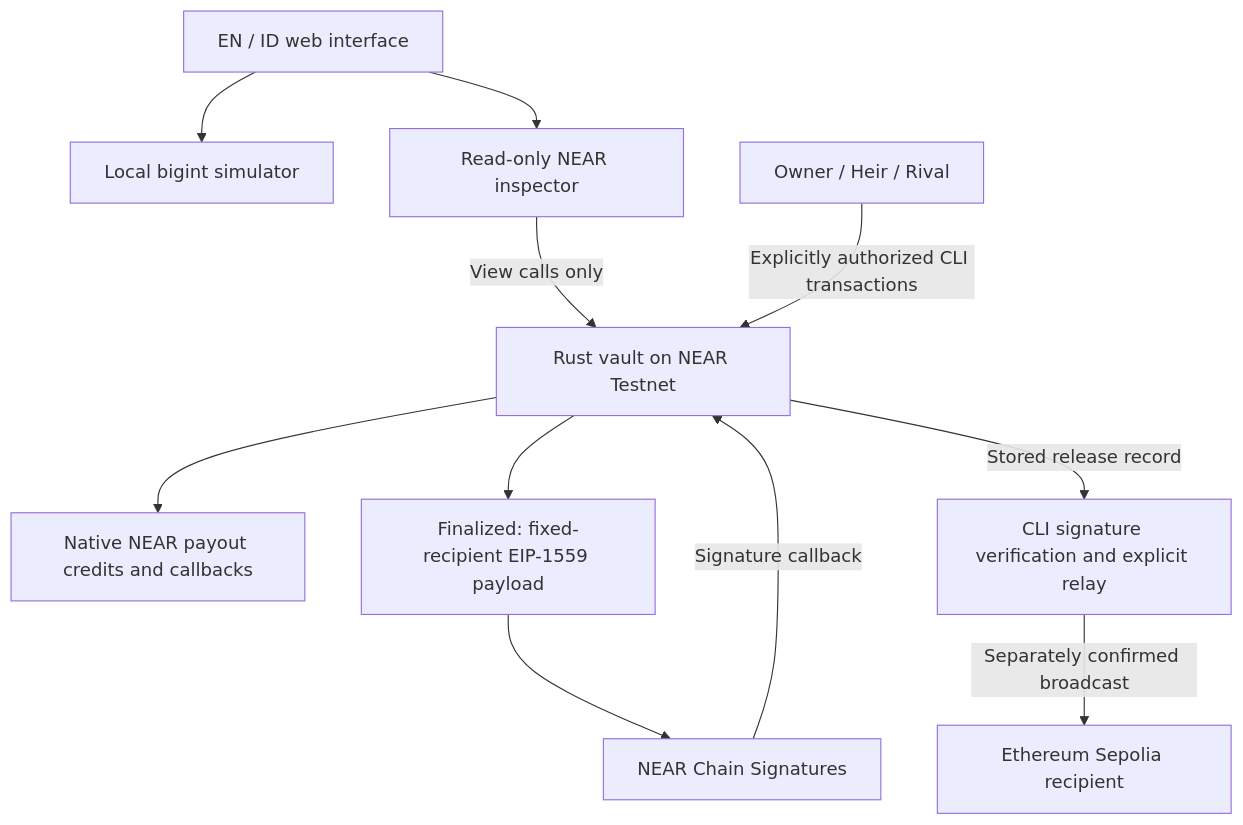
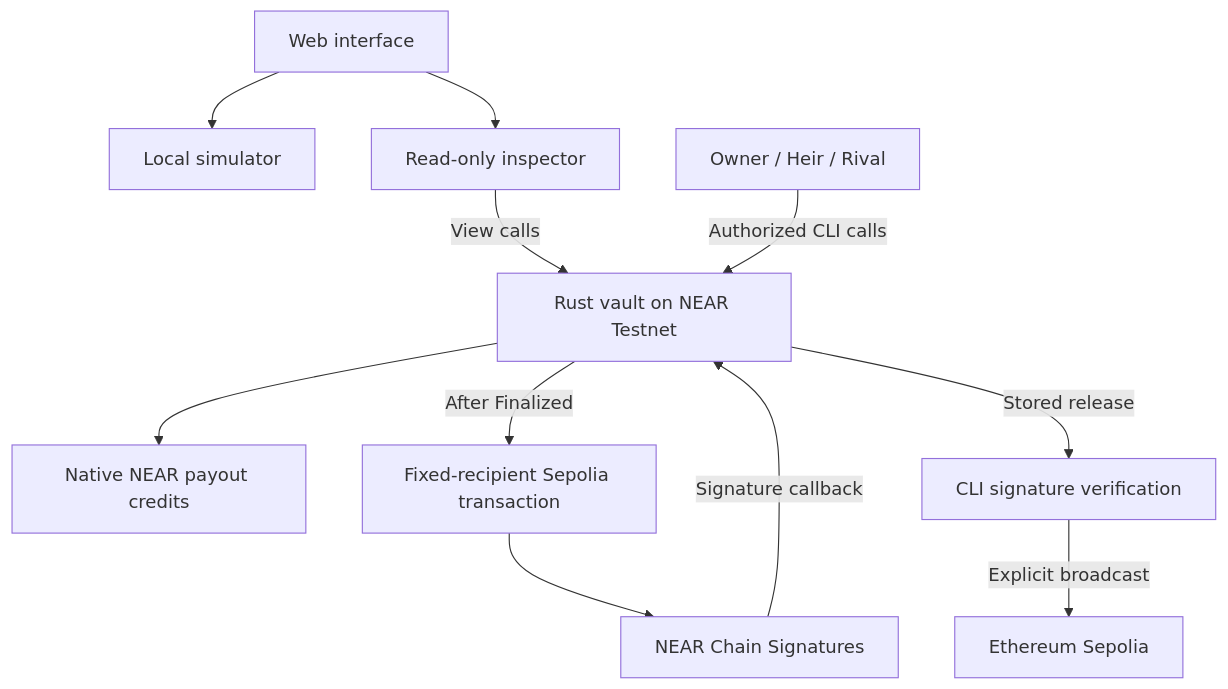
One commit to StevBeq/Proof-Of-Grudge changed the diagram in README.md. Above: the diagram before and after it, drawn with Mermaid. The commit also changed other lines of this file, not shown here.

````diff
--- a/README.md
+++ b/README.md
@@ -74,24 +27,13 @@
 ```mermaid
 flowchart TD
-    Browser[EN / ID web interface]
-    Simulator[Local bigint simulator]
-    Inspector[Read-only NEAR inspector]
-    Actors[Owner / Heir / Rival]
-    Vault[Rust vault on NEAR Testnet]
-    Payout[Native NEAR payout credits and callbacks]
-    Payload[Finalized: fixed-recipient EIP-1559 payload]
-    MPC[NEAR Chain Signatures]
-    Relay[CLI signature verification and explicit relay]
-    Sepolia[Ethereum Sepolia recipient]
-
-    Browser --> Simulator
-    Browser --> Inspector
-    Inspector -->|View calls only| Vault
-    Actors -->|Explicitly authorized CLI transactions| Vault
-    Vault --> Payout
-    Vault --> Payload
-    Payload --> MPC
+    Web[Web interface] --> Simulator[Local simulator]
+    Web --> Inspector[Read-only inspector]
+    Inspector -->|View calls| Vault[Rust vault on NEAR Testnet]
+    Actors[Owner / Heir / Rival] -->|Authorized CLI calls| Vault
+    Vault --> Credits[Native NEAR payout credits]
+    Vault -->|After Finalized| Payload[Fixed-recipient Sepolia transaction]
+    Payload --> MPC[NEAR Chain Signatures]
     MPC -->|Signature callback| Vault
-    Vault -->|Stored release record| Relay
-    Relay -->|Separately confirmed broadcast| Sepolia
+    Vault -->|Stored release| Relay[CLI signature verification]
+    Relay -->|Explicit broadcast| Sepolia[Ethereum Sepolia]
 ```
````
